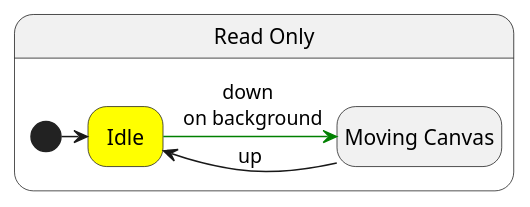
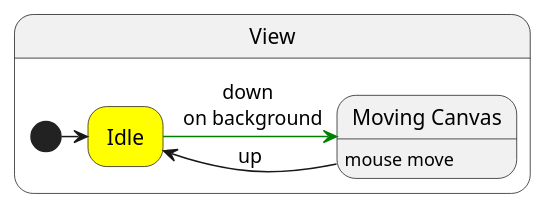
The second of 4 diagrams in docusaurus/docs/interaction.md (cidhuang/system-dynamics-tool), drawn with PlantUML before and after one commit. The commit also changed other lines of this file, not shown here.

Commit message:
docs: interaction page, simplify Mode

````diff
--- a/docusaurus/docs/interaction.md
+++ b/docusaurus/docs/interaction.md
@@ -97,16 +50,16 @@
 ```plantuml
-@startuml Read Only
+@startuml View
 hide empty description
 
-state "Read Only" as modeReadOnly {
+state "View" as modeView {
   state "Idle" as idle #yellow
-  state "Moving Canvas" as moveCanvas
+  state "Moving Canvas" as moveCanvas : mouse move
 
   [*] -> idle
   idle -[#green]> moveCanvas : down \n on background
   moveCanvas -> idle : up
 
 }
 
 @enduml
 ```
````
